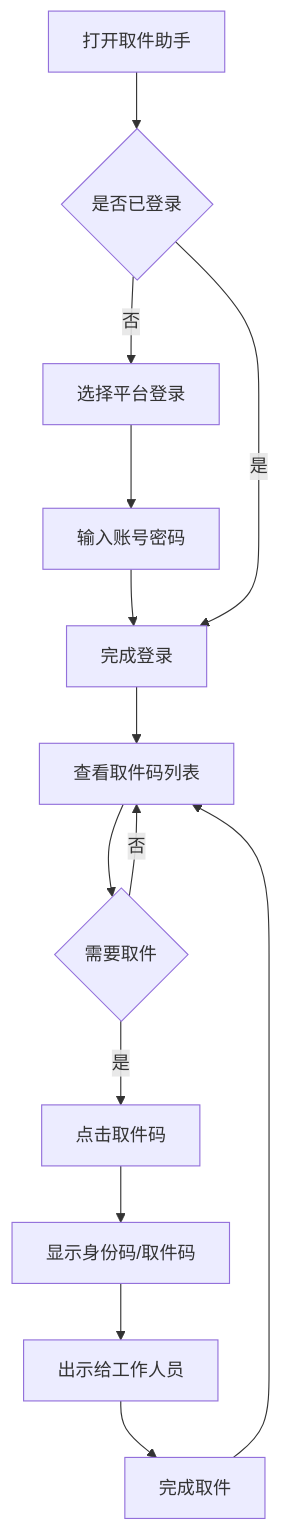
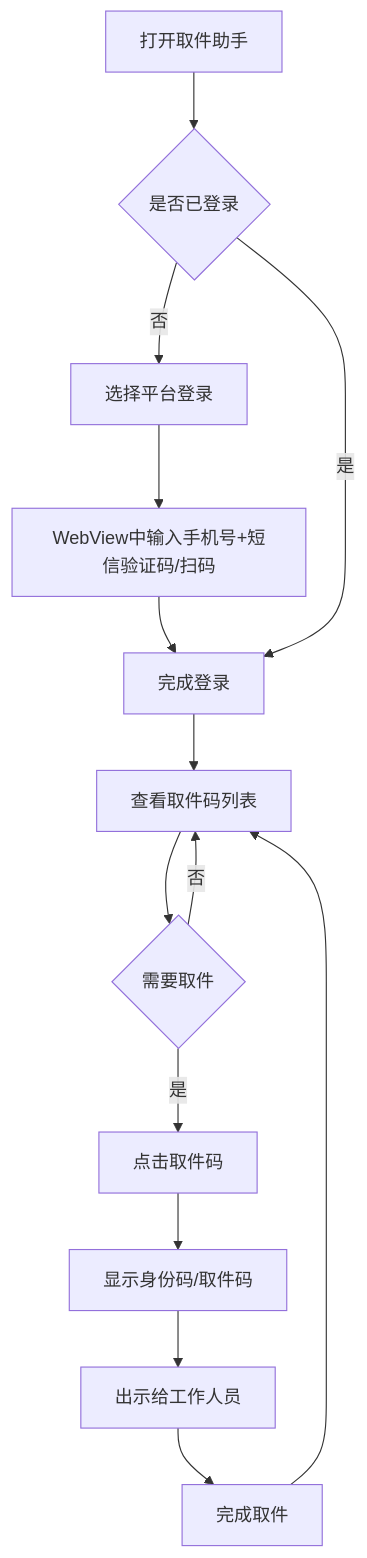
The diagram in 取件助手需求文档.md (pretextQ/express-pick), drawn with Mermaid before and after one commit. The commit also changed other lines of this file and 3 other files, not shown here.

````diff
--- a/取件助手需求文档.md
+++ b/取件助手需求文档.md
@@ -37,16 +53,16 @@
 ```mermaid
 flowchart TD
     A[打开取件助手] --> B{是否已登录}
     B -->|否| C[选择平台登录]
-    C --> D[输入账号密码]
+    C --> D[WebView中输入手机号+短信验证码/扫码]
     D --> E[完成登录]
     B -->|是| E
     E --> F[查看取件码列表]
     F --> G{需要取件}
     G -->|是| H[点击取件码]
     H --> I[显示身份码/取件码]
     I --> J[出示给工作人员]
     J --> K[完成取件]
     K --> F
     G -->|否| F
 ```
````
